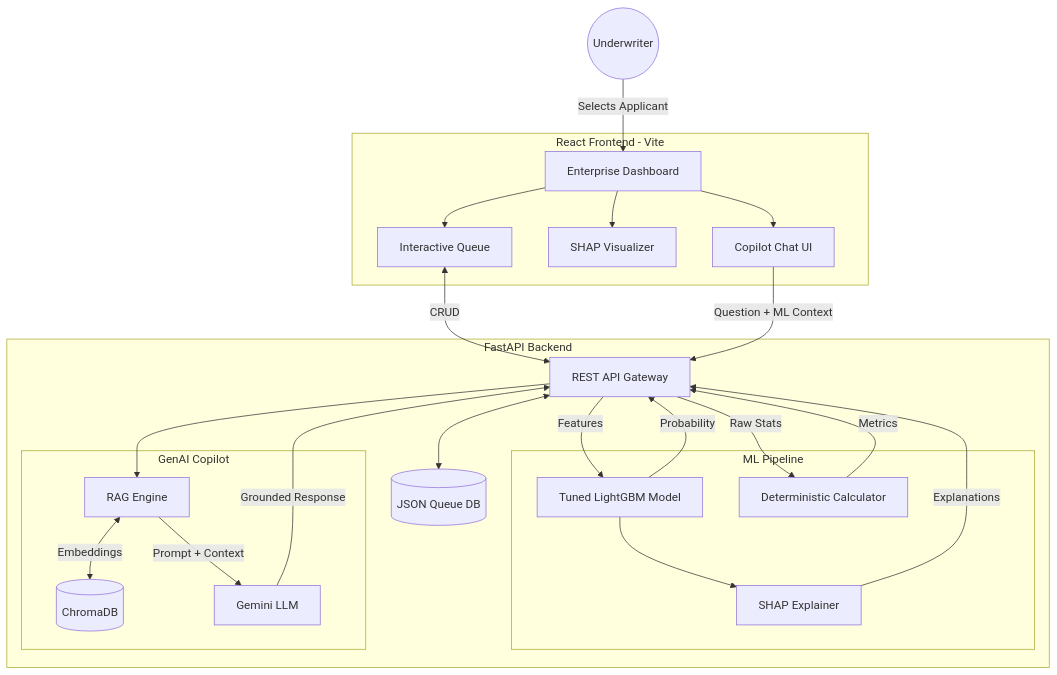
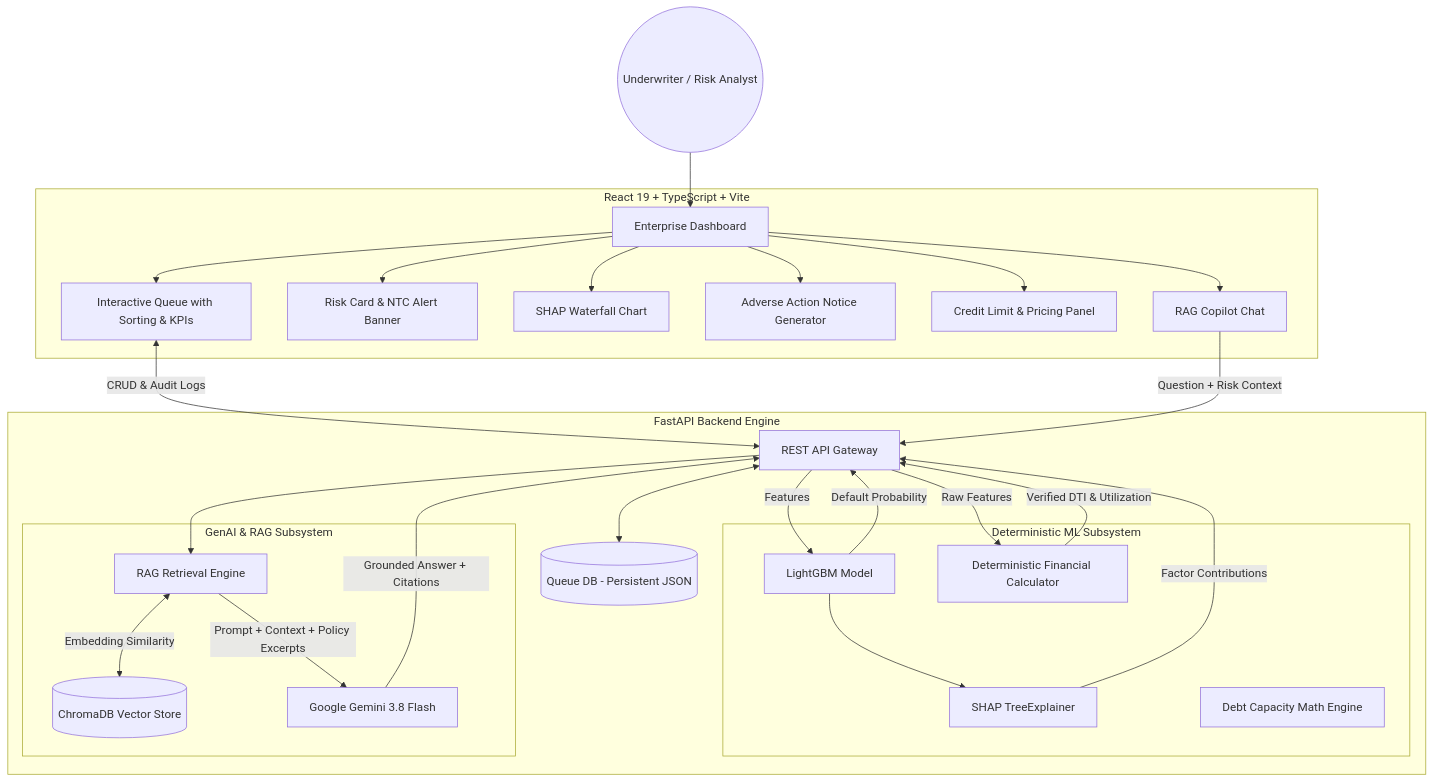
Before and after one commit to saaisaahitthi/CreditLens: the diagram in README.md, drawn with Mermaid. The commit also changed other lines of this file, not shown here.

Commit message:
docs: write comprehensive production-grade README with architecture diagrams and feature specs

````diff
--- a/README.md
+++ b/README.md
@@ -19,54 +67,61 @@
 ```mermaid
 graph TD
     %% Users
-    Underwriter((Underwriter))
+    Underwriter((Underwriter / Risk Analyst))
 
     %% Frontend
-    subgraph Frontend [React Frontend - Vite]
+    subgraph Frontend ["React 19 + TypeScript + Vite"]
         UI[Enterprise Dashboard]
-        Queue[Interactive Queue]
-        XAI_View[SHAP Visualizer]
-        Chat[Copilot Chat UI]
+        Queue[Interactive Queue with Sorting & KPIs]
+        RiskView[Risk Card & NTC Alert Banner]
+        SHAP_View[SHAP Waterfall Chart]
+        Adverse[Adverse Action Notice Generator]
+        LimitEngine[Credit Limit & Pricing Panel]
+        Chat[RAG Copilot Chat]
     end
 
-    %% Backend
-    subgraph Backend [FastAPI Backend]
+    %% Backend Gateway
+    subgraph Backend ["FastAPI Backend Engine"]
         API[REST API Gateway]
-        
-        subgraph ML Pipeline
-            LGBM[Tuned LightGBM Model]
-            SHAP[SHAP Explainer]
-            FinCalc[Deterministic Calculator]
+
+        subgraph ML_Subsystem ["Deterministic ML Subsystem"]
+            LGBM[LightGBM Model]
+            SHAP_Calc[SHAP TreeExplainer]
+            FinRules[Deterministic Financial Calculator]
+            LimitCalc[Debt Capacity Math Engine]
         end
 
-        subgraph GenAI Copilot
-            RAG[RAG Engine]
-            Chroma[(ChromaDB)]
-            LLM[Gemini LLM]
+        subgraph GenAI_Subsystem ["GenAI & RAG Subsystem"]
+            RAG[RAG Retrieval Engine]
+            Chroma[(ChromaDB Vector Store)]
+            Gemini[Google Gemini 3.8 Flash]
         end
-        
-        DB[(JSON Queue DB)]
+
+        DB[(Queue DB - Persistent JSON)]
     end
 
-    %% Flow
-    Underwriter -->|Selects Applicant| UI
+    %% Connections
+    Underwriter --> UI
     UI --> Queue
-    UI --> XAI_View
+    UI --> RiskView
+    UI --> SHAP_View
+    UI --> Adverse
+    UI --> LimitEngine
     UI --> Chat
 
-    Queue <--> |CRUD| API
+    Queue <-->|CRUD & Audit Logs| API
     API <--> DB
 
     API -->|Features| LGBM
-    LGBM -->|Probability| API
-    LGBM --> SHAP
-    SHAP -->|Explanations| API
-    API -->|Raw Stats| FinCalc
-    FinCalc -->|Metrics| API
+    LGBM -->|Default Probability| API
+    LGBM --> SHAP_Calc
+    SHAP_Calc -->|Factor Contributions| API
+    API -->|Raw Features| FinRules
+    FinRules -->|Verified DTI & Utilization| API
 
-    Chat -->|Question + ML Context| API
+    Chat -->|Question + Risk Context| API
     API --> RAG
-    RAG <--> |Embeddings| Chroma
-    RAG -->|Prompt + Context| LLM
-    LLM -->|Grounded Response| API
+    RAG <-->|Embedding Similarity| Chroma
+    RAG -->|Prompt + Context + Policy Excerpts| Gemini
+    Gemini -->|Grounded Answer + Citations| API
 ```
````
